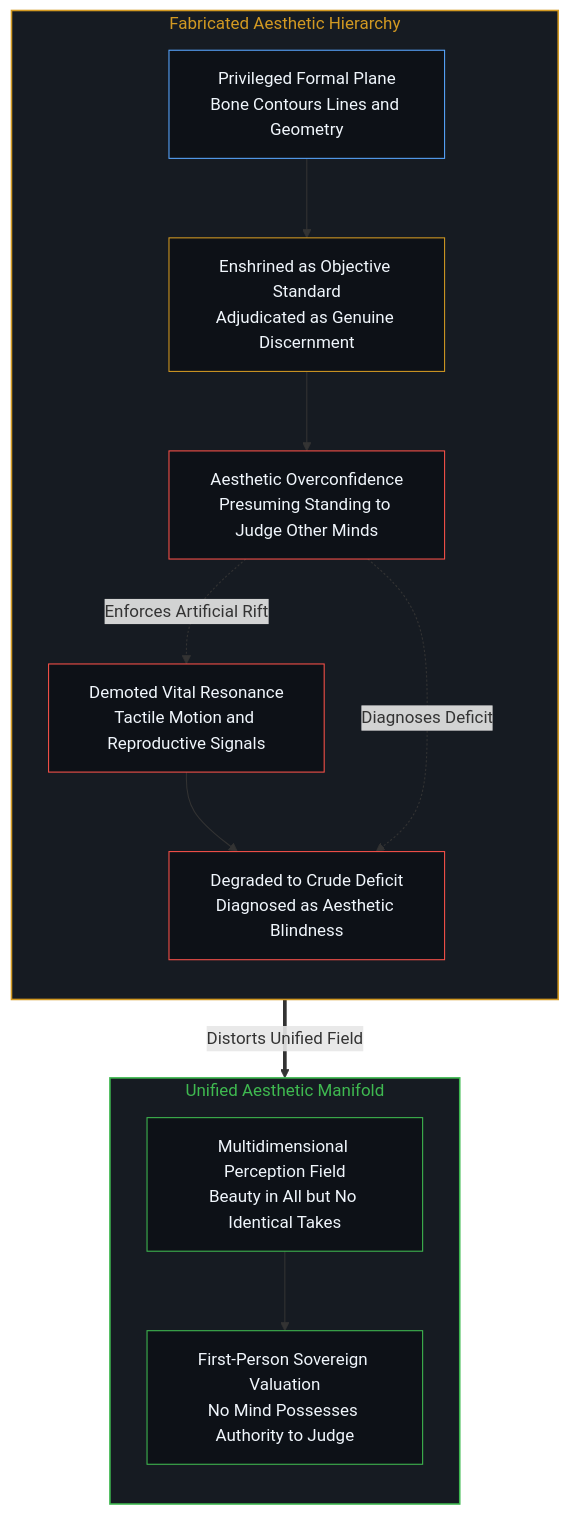
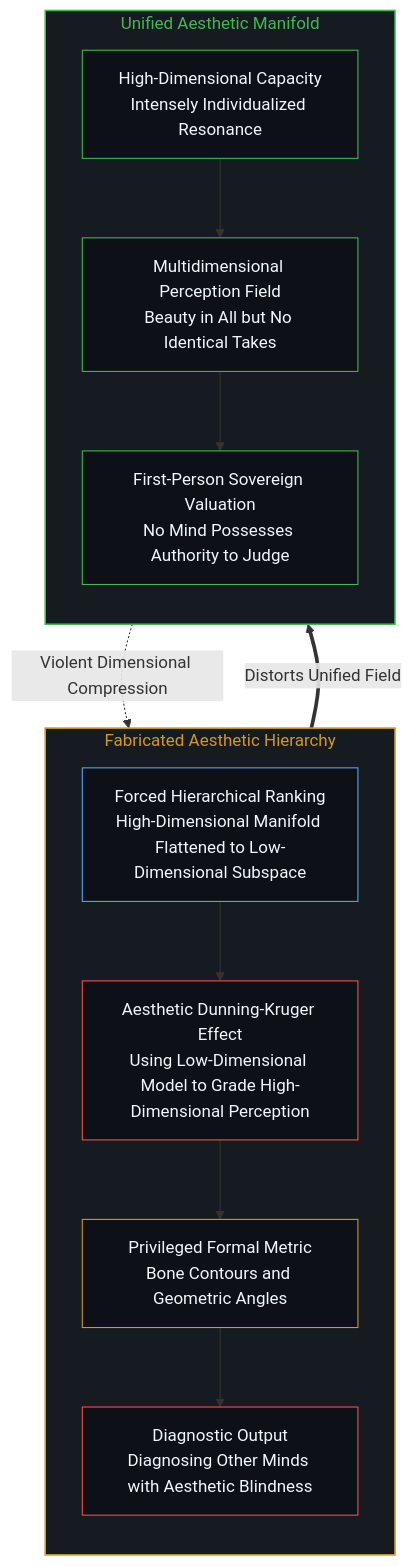
Before and after one commit to powerpig99/not-a-toe: the fourth of 8 diagrams in content/posts/the-self-portrait-in-the-projection.md, drawn with Mermaid. The commit also changed other lines of this file and 4 other files, not shown here.

Commit message:
Refactor Post #353: articulate aesthetic Dunning-Kruger effect and low-dimensional projection

````diff
--- a/content/posts/the-self-portrait-in-the-projection.md
+++ b/content/posts/the-self-portrait-in-the-projection.md
@@ -114,32 +113,31 @@
 ```mermaid
 flowchart TD
   subgraph S_HIER["Fabricated Aesthetic Hierarchy"]
     direction TB
-    H_HIGH["Privileged Formal Plane<br/>Bone Contours Lines and Geometry"]
-    H_DECREE["Enshrined as Objective Standard<br/>Adjudicated as Genuine Discernment"]
-    H_JUDGE["Aesthetic Overconfidence<br/>Presuming Standing to Judge Other Minds"]
-    H_LOW["Demoted Vital Resonance<br/>Tactile Motion and Reproductive Signals"]
-    H_STIGMA["Degraded to Crude Deficit<br/>Diagnosed as Aesthetic Blindness"]
+    H_PROJ["Forced Hierarchical Ranking<br/>High-Dimensional Manifold Flattened to Low-Dimensional Subspace"]
+    H_DK["Aesthetic Dunning-Kruger Effect<br/>Using Low-Dimensional Model to Grade High-Dimensional Perception"]
+    H_HIGH["Privileged Formal Metric<br/>Bone Contours and Geometric Angles"]
+    H_STIGMA["Diagnostic Output<br/>Diagnosing Other Minds with Aesthetic Blindness"]
   end
   subgraph S_LOCUS["Unified Aesthetic Manifold"]
     direction TB
+    L_HIGH["High-Dimensional Capacity<br/>Intensely Individualized Resonance"]
     L_FIELD["Multidimensional Perception Field<br/>Beauty in All but No Identical Takes"]
     L_SOV["First-Person Sovereign Valuation<br/>No Mind Possesses Authority to Judge"]
   end
-  H_HIGH --> H_DECREE
-  H_DECREE --> H_JUDGE
-  H_LOW --> H_STIGMA
-  H_JUDGE -.->|"Enforces Artificial Rift"| H_LOW
-  H_JUDGE -.->|"Diagnoses Deficit"| H_STIGMA
-  L_FIELD --> L_SOV
+  L_HIGH -.->|"Violent Dimensional Compression"| H_PROJ
+  H_PROJ --> H_DK
+  H_DK --> H_HIGH
+  H_HIGH --> H_STIGMA
+  L_HIGH --> L_FIELD --> L_SOV
   H_STIGMA ==>|"Distorts Unified Field"| L_FIELD
   style S_HIER fill:#161b22,stroke:#d29922,stroke-width:1.5px,color:#d29922
   style S_LOCUS fill:#161b22,stroke:#3fb950,stroke-width:1.5px,color:#3fb950
-  style H_HIGH fill:#0d1117,stroke:#58a6ff,stroke-width:1px,color:#f0f6fc
-  style H_DECREE fill:#0d1117,stroke:#d29922,stroke-width:1px,color:#f0f6fc
-  style H_JUDGE fill:#0d1117,stroke:#f85149,stroke-width:1px,color:#f0f6fc
-  style H_LOW fill:#0d1117,stroke:#f85149,stroke-width:1px,color:#f0f6fc
+  style H_PROJ fill:#0d1117,stroke:#58a6ff,stroke-width:1px,color:#f0f6fc
+  style H_DK fill:#0d1117,stroke:#f85149,stroke-width:1px,color:#f0f6fc
+  style H_HIGH fill:#0d1117,stroke:#d29922,stroke-width:1px,color:#f0f6fc
   style H_STIGMA fill:#0d1117,stroke:#f85149,stroke-width:1px,color:#f0f6fc
+  style L_HIGH fill:#0d1117,stroke:#3fb950,stroke-width:1px,color:#f0f6fc
   style L_FIELD fill:#0d1117,stroke:#3fb950,stroke-width:1px,color:#f0f6fc
   style L_SOV fill:#0d1117,stroke:#3fb950,stroke-width:1px,color:#f0f6fc
 ```
````
